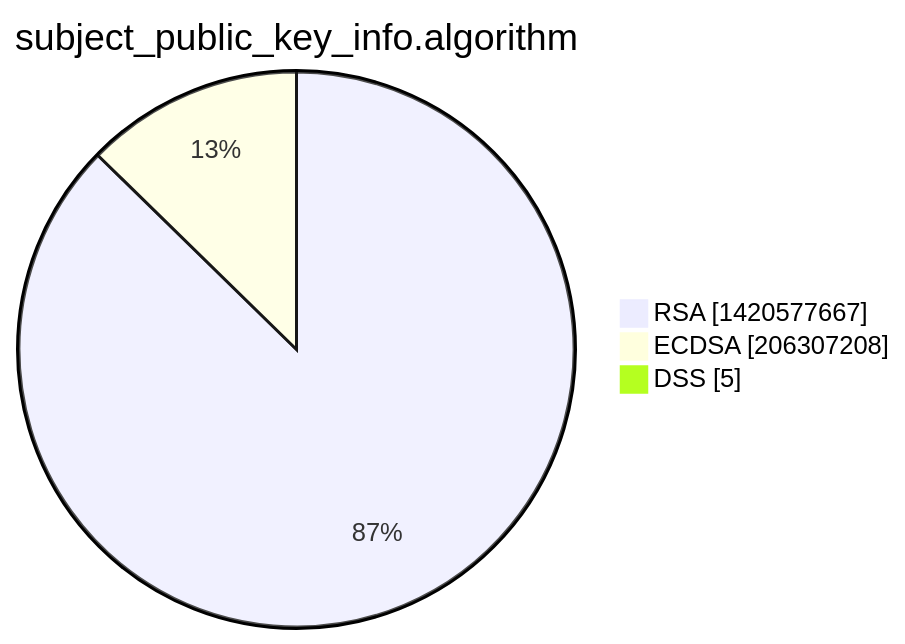
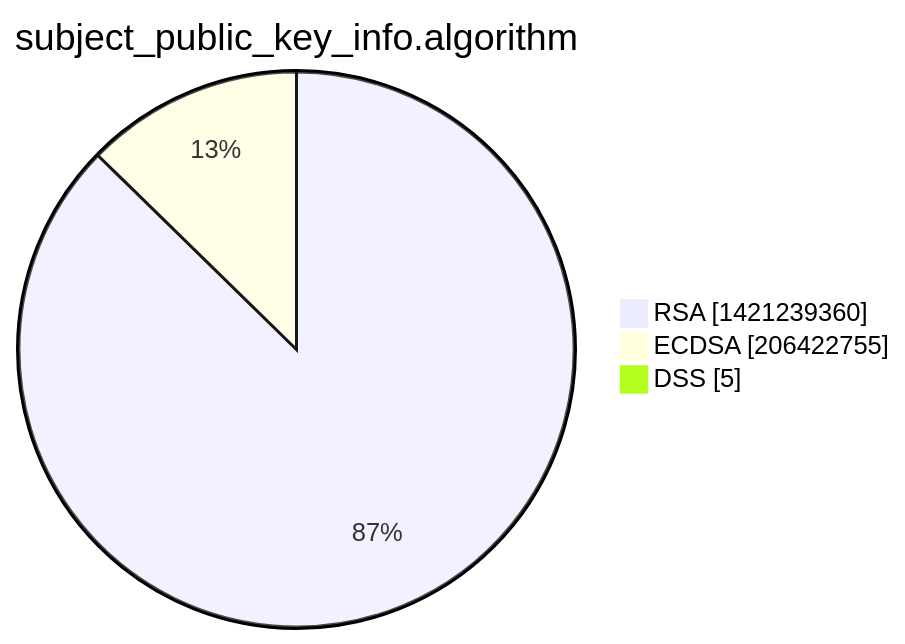
One commit to christiankrug/ctmonitor_visualization changed the third of 15 diagrams in xenon2022/README.md. Above: the diagram before and after it, drawn with Mermaid. The commit also changed other lines of this file, not shown here.

````diff
--- a/xenon2022/README.md
+++ b/xenon2022/README.md
@@ -14,7 +14,7 @@
 ```mermaid
 pie showData
 title subject_public_key_info.algorithm
-"RSA" :1420577667
-"ECDSA" :206307208
+"RSA" :1421239360
+"ECDSA" :206422755
 "DSS" :5
 ```
````
